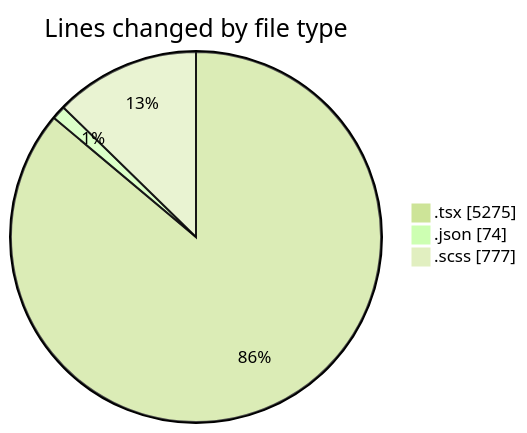
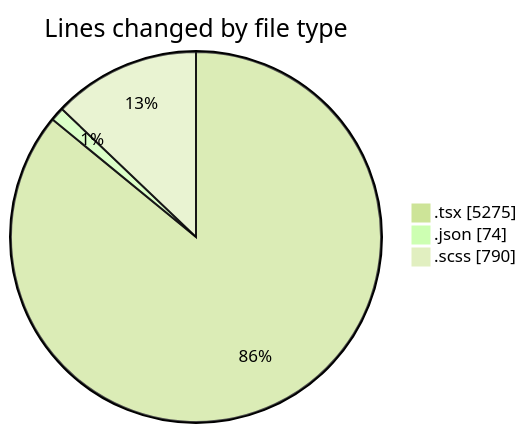
The first of 2 diagrams in 2025-04-08/cda/README.md (momahboobian/code-tracking), drawn with Mermaid (forest theme) before and after one commit. The commit also changed other lines of this file and 1 other file, not shown here.

````diff
--- a/2025-04-08/cda/README.md
+++ b/2025-04-08/cda/README.md
@@ -36,7 +36,7 @@
 ```mermaid
 pie showData
 title Lines changed by file type
 ".tsx" : 5275
 ".json" : 74
-".scss" : 777
+".scss" : 790
 ```
````
